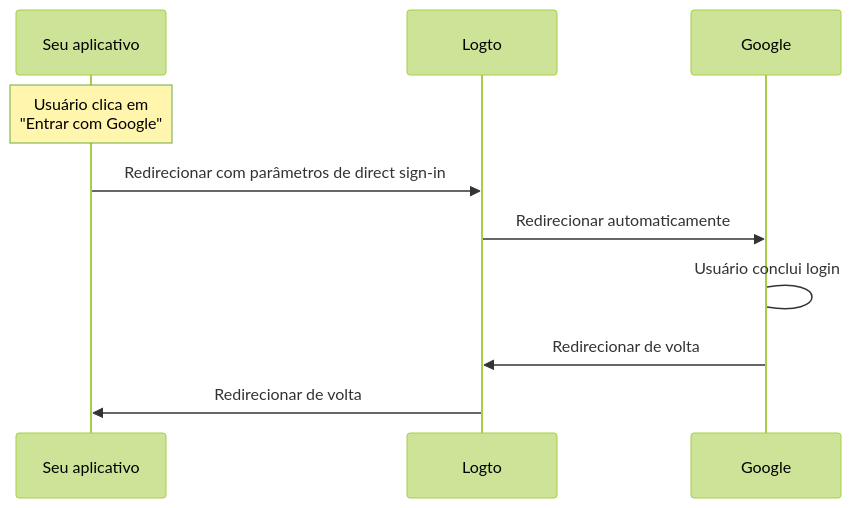
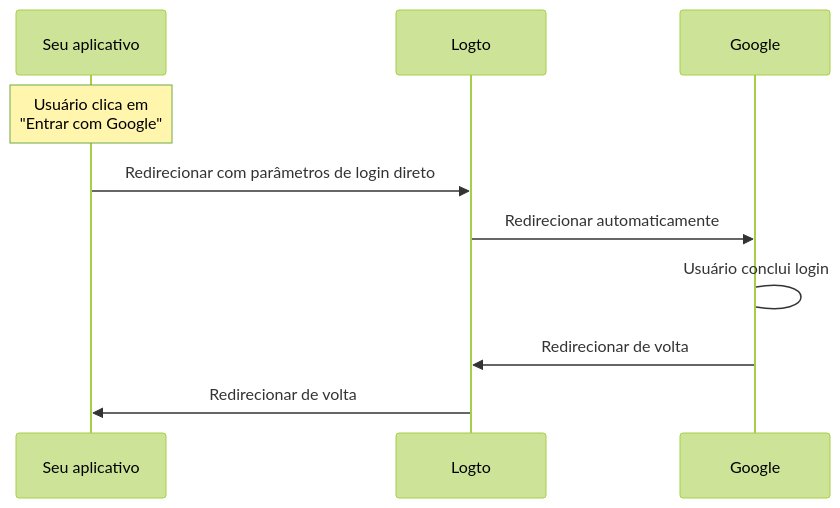
One commit to logto-io/docs changed the fifth of 5 diagrams in i18n/pt-BR/docusaurus-plugin-content-docs/current/concepts/sign-in-experience.mdx. Above: the diagram before and after it, drawn with Mermaid (forest theme). The commit also changed other lines of this file and 234 other files, not shown here.

````diff
--- a/i18n/pt-BR/docusaurus-plugin-content-docs/current/concepts/sign-in-experience.mdx
+++ b/i18n/pt-BR/docusaurus-plugin-content-docs/current/concepts/sign-in-experience.mdx
@@ -102,13 +102,13 @@
 ```mermaid
 sequenceDiagram
   participant A as Seu aplicativo
   participant B as Logto
   participant C as Google
 
   Note over A: Usuário clica em<br/>"Entrar com Google"
-  A->>B: Redirecionar com parâmetros de direct sign-in
+  A->>B: Redirecionar com parâmetros de login direto
   B->>C: Redirecionar automaticamente
   C->C: Usuário conclui login
   C->>B: Redirecionar de volta
   B->>A: Redirecionar de volta
 ```
````
